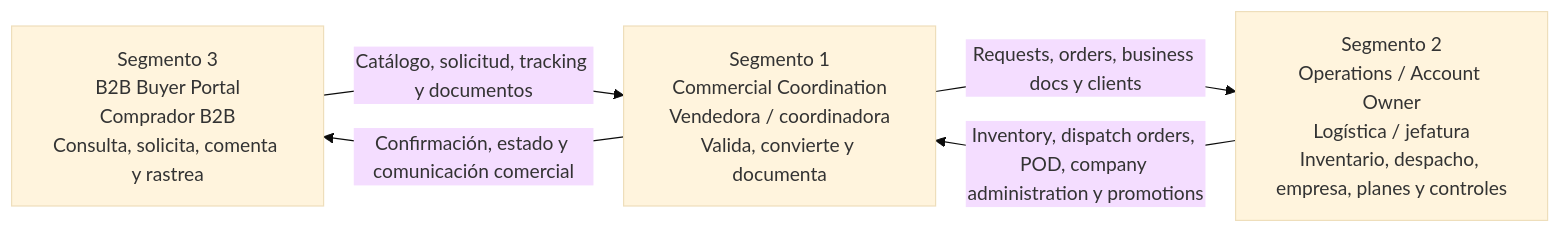
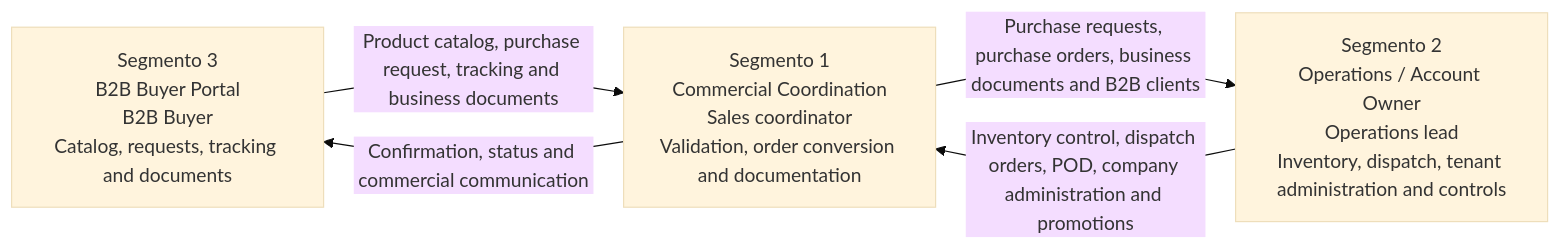
Before and after one commit to R0obxdnt-bit/nexa-ecosystem-report-v2: the first of 4 diagrams in report/10-chapter-1-introduction/1-3-target-segments.md, drawn with Mermaid (base theme). The commit also changed other lines of this file, not shown here.

````diff
--- a/report/10-chapter-1-introduction/1-3-target-segments.md
+++ b/report/10-chapter-1-introduction/1-3-target-segments.md
@@ -38,11 +38,11 @@
 ```mermaid
 flowchart LR
-    SEG3["Segmento 3\nB2B Buyer Portal\nComprador B2B\nConsulta, solicita, comenta y rastrea"]
-    SEG1["Segmento 1\nCommercial Coordination\nVendedora / coordinadora\nValida, convierte y documenta"]
-    SEG2["Segmento 2\nOperations / Account Owner\nLogística / jefatura\nInventario, despacho, empresa, planes y controles"]
+    SEG3["Segmento 3<br/>B2B Buyer Portal<br/>B2B Buyer<br/>Catalog, requests, tracking and documents"]
+    SEG1["Segmento 1<br/>Commercial Coordination<br/>Sales coordinator<br/>Validation, order conversion and documentation"]
+    SEG2["Segmento 2<br/>Operations / Account Owner<br/>Operations lead<br/>Inventory, dispatch, tenant administration and controls"]
 
-    SEG3 -->|Catálogo, solicitud, tracking y documentos| SEG1
-    SEG1 -->|Requests, orders, business docs y clients| SEG2
-    SEG2 -->|Inventory, dispatch orders, POD, company administration y promotions| SEG1
-    SEG1 -->|Confirmación, estado y comunicación comercial| SEG3
+    SEG3 -->|Product catalog, purchase request, tracking and business documents| SEG1
+    SEG1 -->|Purchase requests, purchase orders, business documents and B2B clients| SEG2
+    SEG2 -->|Inventory control, dispatch orders, POD, company administration and promotions| SEG1
+    SEG1 -->|Confirmation, status and commercial communication| SEG3
 ```
````
